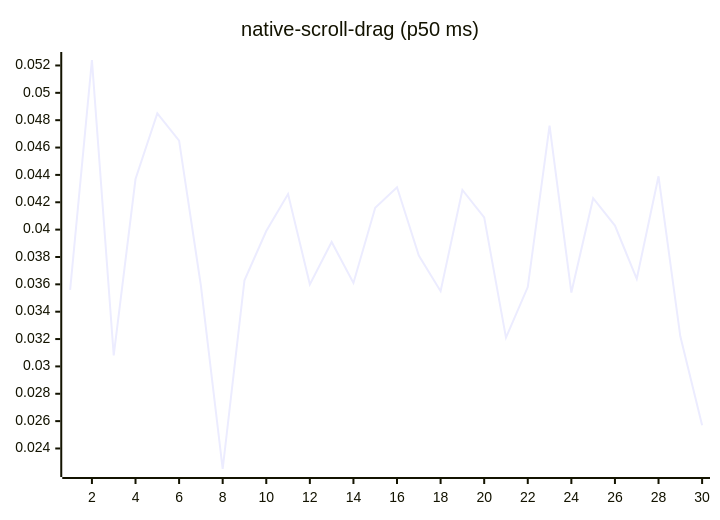
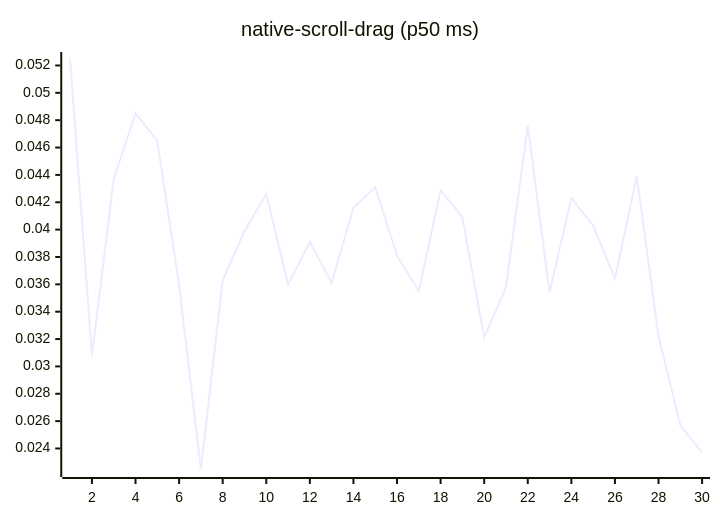
Diagram 14 of 27 in README.md (josha/Facet), drawn with Mermaid before and after one commit. The commit also changed other lines of this file and 2 other files, not shown here.

````diff
--- a/README.md
+++ b/README.md
@@ -154,6 +154,6 @@
 ```mermaid
 xychart-beta
     title "native-scroll-drag (p50 ms)"
     x-axis 1 --> 30
-    line [0.0356, 0.0524, 0.0308, 0.0437, 0.0485, 0.0465, 0.0359, 0.0225, 0.0363, 0.0399, 0.0426, 0.0360, 0.0391, 0.0361, 0.0416, 0.0431, 0.0381, 0.0355, 0.0429, 0.0409, 0.0321, 0.0358, 0.0476, 0.0354, 0.0423, 0.0403, 0.0364, 0.0439, 0.0322, 0.0257]
+    line [0.0524, 0.0308, 0.0437, 0.0485, 0.0465, 0.0359, 0.0225, 0.0363, 0.0399, 0.0426, 0.0360, 0.0391, 0.0361, 0.0416, 0.0431, 0.0381, 0.0355, 0.0429, 0.0409, 0.0321, 0.0358, 0.0476, 0.0354, 0.0423, 0.0403, 0.0364, 0.0439, 0.0322, 0.0257, 0.0237]
 ```
````
